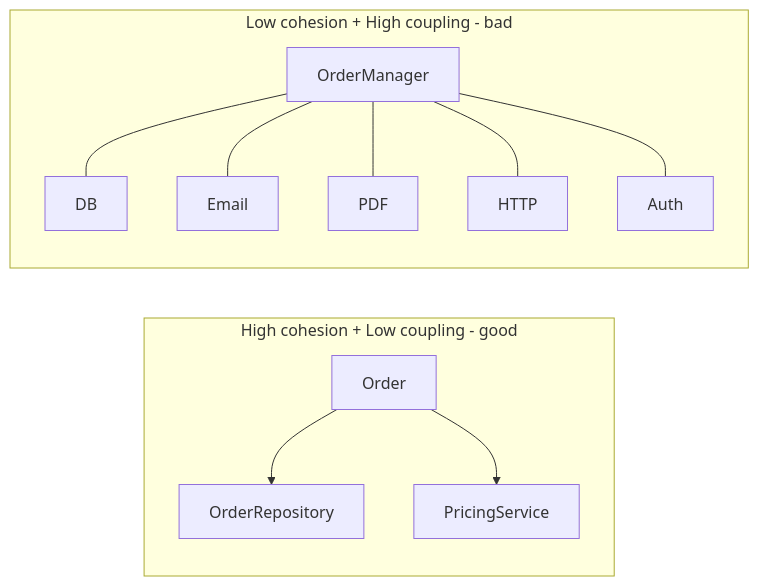
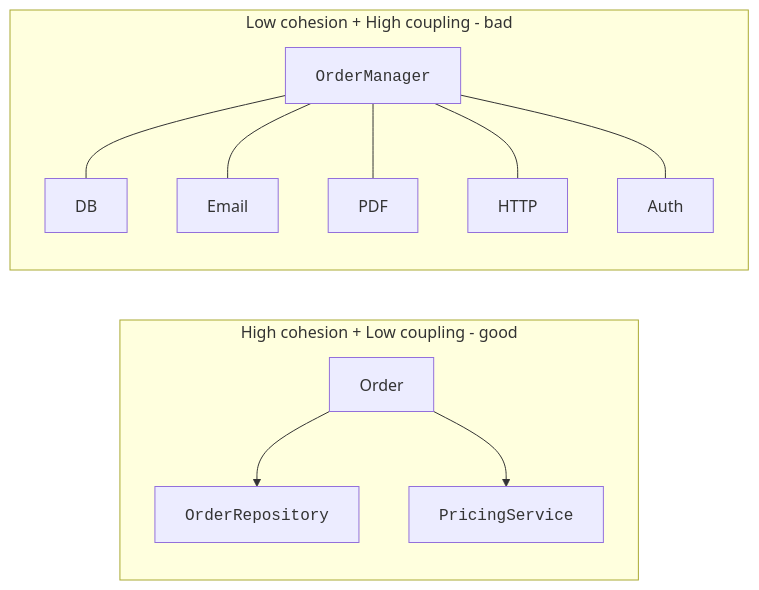
The third of 3 diagrams in content/learn/java-programming-for-beginners/software-organization.mdx (dataslope/dataslope), drawn with Mermaid before and after one commit. The commit also changed 153 other files, not shown here.

First line of the commit message:
Render code-only mermaid shapes in monospace; convert step sequences to Steps

````diff
--- a/content/learn/java-programming-for-beginners/software-organization.mdx
+++ b/content/learn/java-programming-for-beginners/software-organization.mdx
@@ -152,14 +152,14 @@
 ```mermaid
 flowchart LR
     subgraph H[High cohesion + Low coupling - good]
-        A1[Order] --> A2[OrderRepository]
-        A1 --> A3[PricingService]
+        A1[Order] --> A2["<code>OrderRepository</code>"]
+        A1 --> A3["<code>PricingService</code>"]
     end
     subgraph B[Low cohesion + High coupling - bad]
-        B1[OrderManager] --- B2[DB]
+        B1["<code>OrderManager</code>"] --- B2[DB]
         B1 --- B3[Email]
         B1 --- B4[PDF]
         B1 --- B5[HTTP]
         B1 --- B6[Auth]
     end
 ```
````
